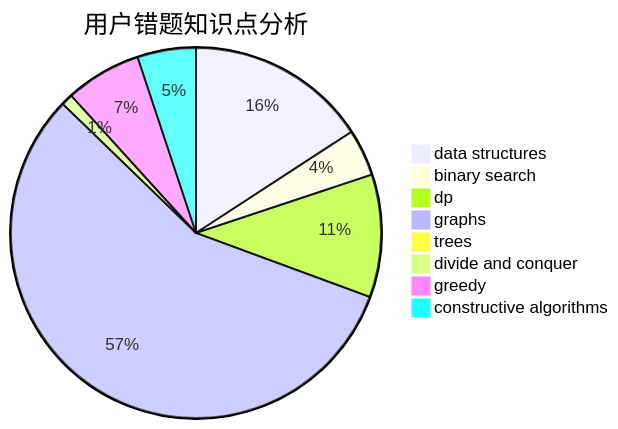
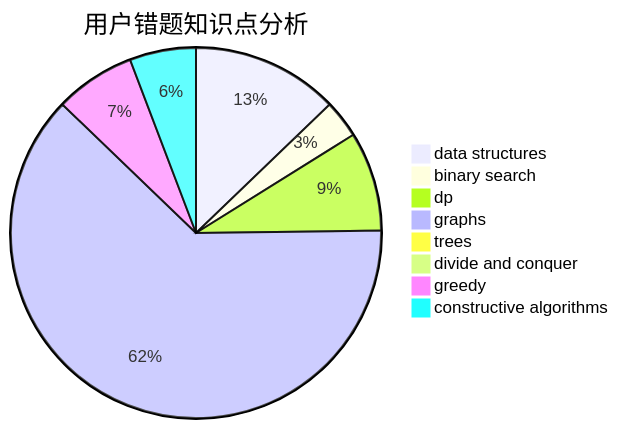
One commit to sherpahu/cfrs.github.io changed the third of 3 diagrams in docs/user/u1671.md. Above: the diagram before and after it, drawn with Mermaid. The commit also changed other lines of this file and 2770 other files, not shown here.

````diff
--- a/docs/user/u1671.md
+++ b/docs/user/u1671.md
@@ -36,11 +36,11 @@
 ```mermaid
 pie title 用户错题知识点分析
     "data structures" :  31
     "binary search" :  8
     "dp" :  21
-    "graphs" :  111
+    "graphs" :  151
     "trees" :  0
     "divide and conquer" :  2
-    "greedy" :  13
-    "constructive algorithms" :  10
+    "greedy" :  17
+    "constructive algorithms" :  14
 ```
````
